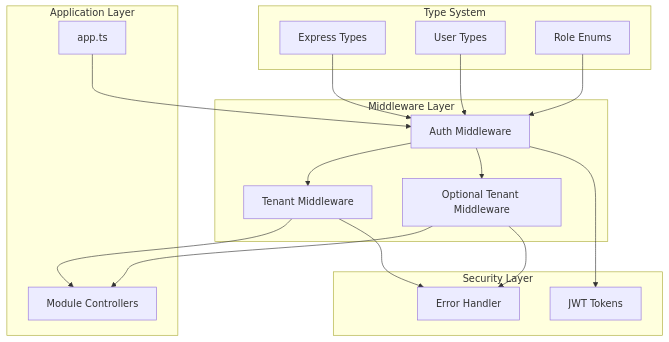
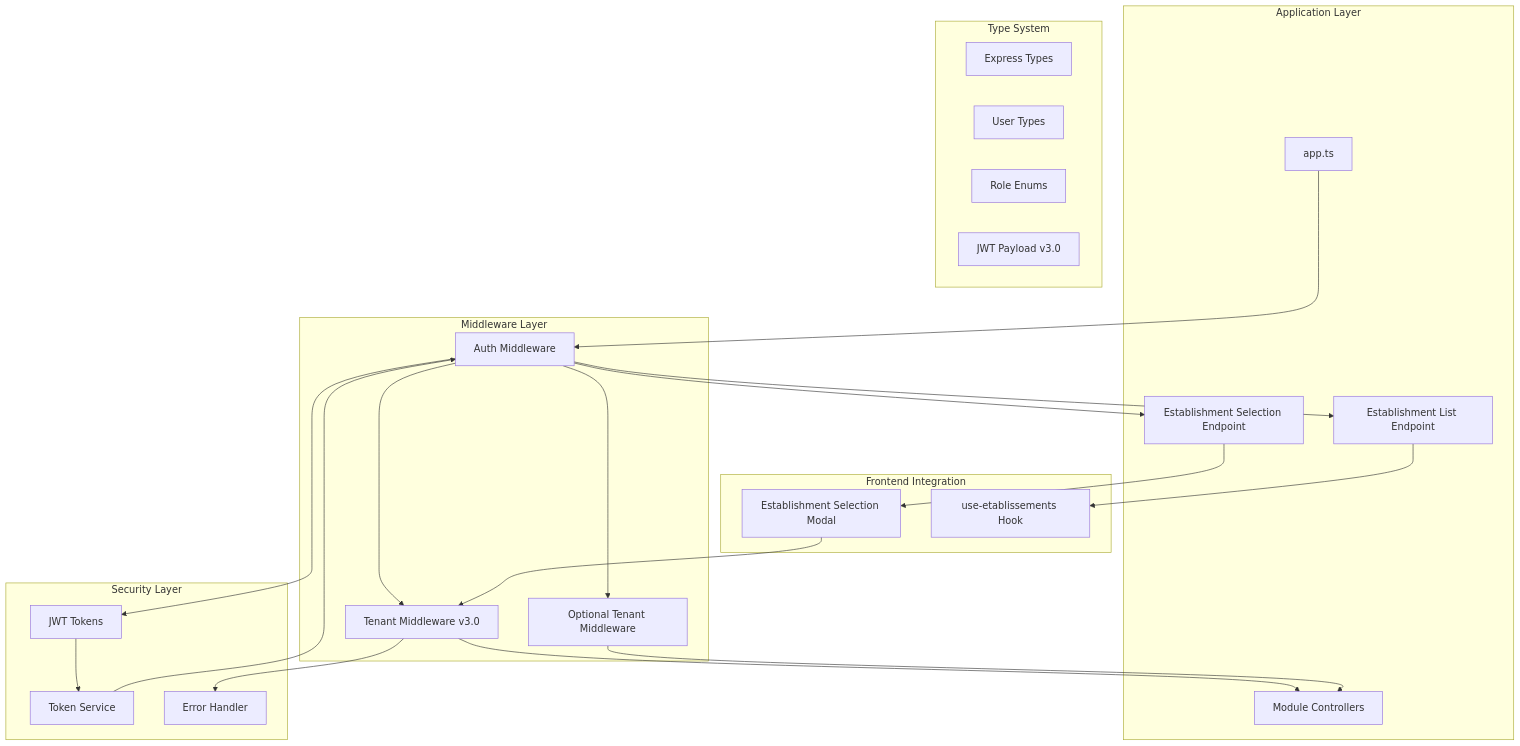
The first of 6 diagrams in .qoder/repowiki/en/content/Modules & Features/Administrative Modules/Security & Governance/Tenant Middleware.md (franckylab/eLISAschool), drawn with Mermaid before and after one commit. The commit also changed other lines of this file and 281 other files, not shown here.

First line of the commit message:
fix(auth): corriger le token incomplet dans EtablissementSwitcher

````diff
--- a/.qoder/repowiki/en/content/Modules & Features/Administrative Modules/Security & Governance/Tenant Middleware.md
+++ b/.qoder/repowiki/en/content/Modules & Features/Administrative Modules/Security & Governance/Tenant Middleware.md
@@ -33,32 +53,43 @@
 ```mermaid
 graph TB
 subgraph "Application Layer"
 APP[app.ts]
 ROUTES[Module Controllers]
+ENDPOINT[Establishment Selection Endpoint]
+ENDPOINT2[Establishment List Endpoint]
 end
 subgraph "Middleware Layer"
 AUTH[Auth Middleware]
-TENANT[Tenant Middleware]
+TENANT[Tenant Middleware v3.0]
 OPTIONAL_TENANT[Optional Tenant Middleware]
 end
 subgraph "Type System"
 EXPRESS_TYPES[Express Types]
 USER_TYPES[User Types]
 ROLE_ENUMS[Role Enums]
+JWT_PAYLOAD[JWT Payload v3.0]
 end
 subgraph "Security Layer"
 JWT[JWT Tokens]
+TOKEN_SERVICE[Token Service]
 ERROR_HANDLER[Error Handler]
+end
+subgraph "Frontend Integration"
+MODAL[Establishment Selection Modal]
+HOOK[use-etablissements Hook]
 end
 APP --> AUTH
 AUTH --> TENANT
 AUTH --> OPTIONAL_TENANT
 TENANT --> ROUTES
 OPTIONAL_TENANT --> ROUTES
 AUTH --> JWT
 TENANT --> ERROR_HANDLER
-OPTIONAL_TENANT --> ERROR_HANDLER
-EXPRESS_TYPES --> AUTH
-USER_TYPES --> AUTH
-ROLE_ENUMS --> AUTH
+JWT --> TOKEN_SERVICE
+TOKEN_SERVICE --> AUTH
+AUTH --> ENDPOINT
+AUTH --> ENDPOINT2
+ENDPOINT --> MODAL
+ENDPOINT2 --> HOOK
+MODAL --> TENANT
 ```
````
